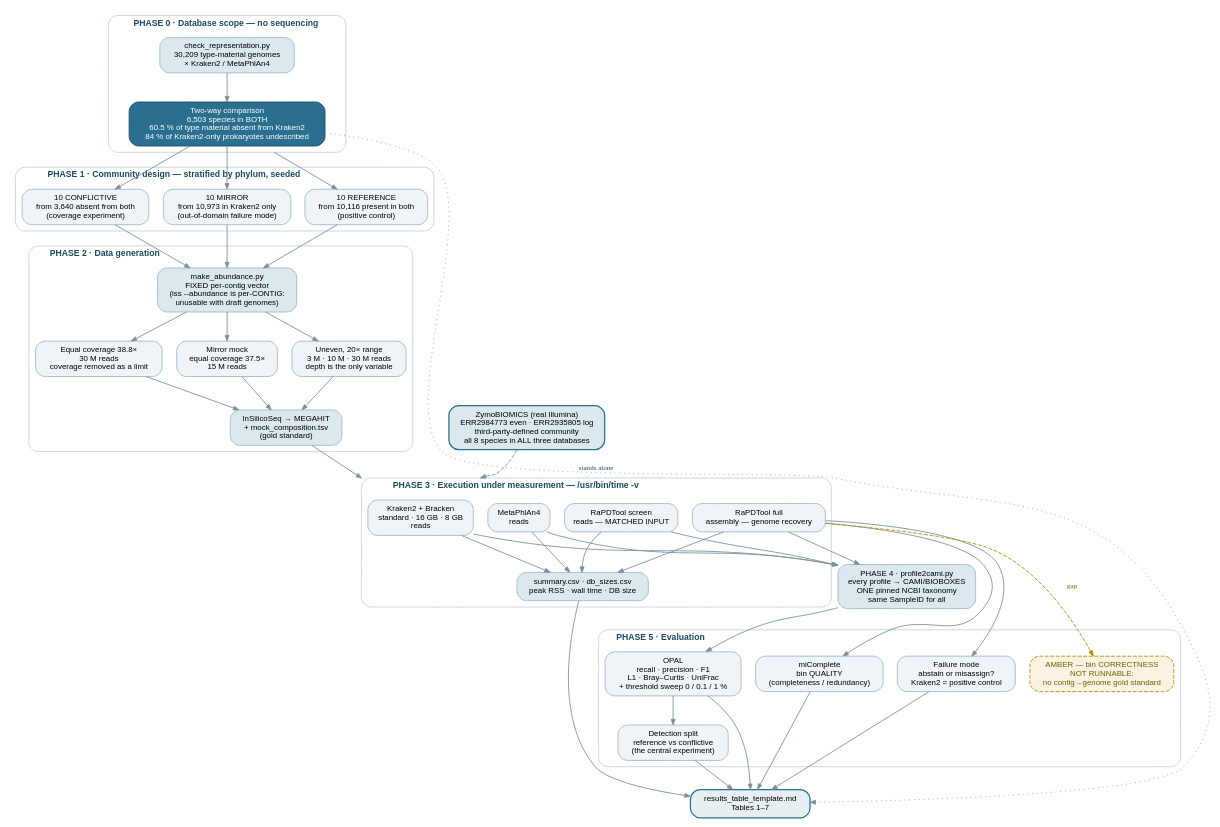
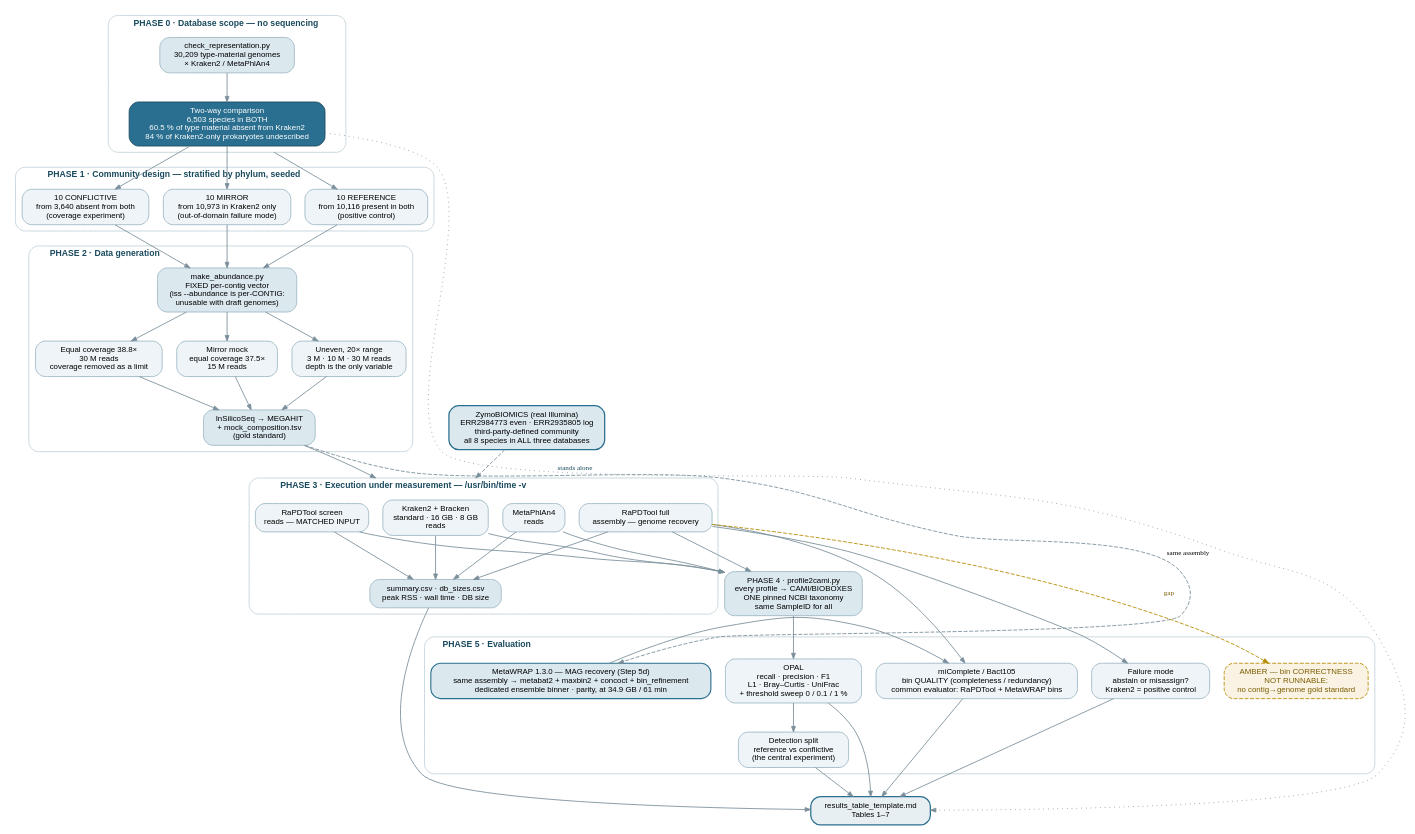
Before and after one commit to BioTools-Dev/rapdtool-benchmark: the diagram in data/benchmark_flow.dot, drawn with Graphviz. The commit also changed 3 other files, not shown here.

First line of the commit message:
figure: add MetaWRAP MAG-recovery branch (Step 5d) to the benchmark flow diagram

```diff
--- a/data/benchmark_flow.dot
+++ b/data/benchmark_flow.dot
@@ -1,106 +1,110 @@
 // benchmark_flow.dot — RaPDTool benchmark design.
 // Render:  dot -Tsvg benchmark_flow.dot -o figures/benchmark_flow.svg
 //          dot -Tpng -Gdpi=300 benchmark_flow.dot -o figures/benchmark_flow.png
-// Kept in sync with the mermaid diagram in benchmark_rationale.md §1.
+// Embedded as figures/benchmark_flow.svg in benchmark_rationale.md §1 (no mermaid copy).
 
 digraph benchmark {
   rankdir=TB;
   bgcolor="white";
   compound=true;
   node [shape=box, style="rounded,filled", fontname="Helvetica", fontsize=10,
         fillcolor="#eef4f7", color="#9db8c6", penwidth=1.1, margin="0.14,0.09"];
   edge [color="#7a8f9b", penwidth=1.1, arrowsize=0.7];
   graph [fontname="Helvetica-Bold", fontsize=11, labeljust="l",
          style="rounded", color="#c8d6de", penwidth=1.2];
 
   // ---------------------------------------------------------------- PHASE 0
   subgraph cluster_p0 {
     label="  PHASE 0 · Database scope — no sequencing  ";
     fontcolor="#1a4a5e";
     census [label="check_representation.py\n30,209 type-material genomes\n× Kraken2 / MetaPhlAn4",
             fillcolor="#dbe8ee"];
     twoway [label="Two-way comparison\n6,503 species in BOTH\n60.5 % of type material absent from Kraken2\n84 % of Kraken2-only prokaryotes undescribed",
             fillcolor="#2a6f8f", fontcolor="white", color="#1a4a5e"];
     census -> twoway;
   }
 
   // ---------------------------------------------------------------- PHASE 1
   subgraph cluster_p1 {
     label="  PHASE 1 · Community design — stratified by phylum, seeded  ";
     fontcolor="#1a4a5e";
     ref   [label="10 REFERENCE\nfrom 10,116 present in both\n(positive control)"];
     conf  [label="10 CONFLICTIVE\nfrom 3,640 absent from both\n(coverage experiment)"];
     mirr  [label="10 MIRROR\nfrom 10,973 in Kraken2 only\n(out-of-domain failure mode)"];
   }
 
   // ---------------------------------------------------------------- PHASE 2
   subgraph cluster_p2 {
     label="  PHASE 2 · Data generation  ";
     fontcolor="#1a4a5e";
     vec   [label="make_abundance.py\nFIXED per-contig vector\n(iss --abundance is per-CONTIG:\nunusable with draft genomes)",
            fillcolor="#dbe8ee"];
     unev  [label="Uneven, 20× range\n3 M · 10 M · 30 M reads\ndepth is the only variable"];
     eqcov [label="Equal coverage 38.8×\n30 M reads\ncoverage removed as a limit"];
     mmock [label="Mirror mock\nequal coverage 37.5×\n15 M reads"];
     asm   [label="InSilicoSeq → MEGAHIT\n+ mock_composition.tsv\n(gold standard)", fillcolor="#dbe8ee"];
     vec -> unev; vec -> eqcov; vec -> mmock;
     unev -> asm; eqcov -> asm; mmock -> asm;
   }
 
   // ------------------------------------------------------------ REAL DATA
   zymo [label="ZymoBIOMICS (real Illumina)\nERR2984773 even · ERR2935805 log\nthird-party-defined community\nall 8 species in ALL three databases",
         fillcolor="#dbe8ee", color="#2a6f8f", penwidth=1.6];
 
   // ---------------------------------------------------------------- PHASE 3
   subgraph cluster_p3 {
     label="  PHASE 3 · Execution under measurement — /usr/bin/time -v  ";
     fontcolor="#1a4a5e";
     krak  [label="Kraken2 + Bracken\nstandard · 16 GB · 8 GB\nreads"];
     mpa   [label="MetaPhlAn4\nreads"];
     rscr  [label="RaPDTool screen\nreads — MATCHED INPUT"];
     rful  [label="RaPDTool full\nassembly — genome recovery"];
     res   [label="summary.csv · db_sizes.csv\npeak RSS · wall time · DB size", fillcolor="#dbe8ee"];
     krak -> res; mpa -> res; rscr -> res; rful -> res;
   }
 
   // ---------------------------------------------------------------- PHASE 4
   harm [label="PHASE 4 · profile2cami.py\nevery profile → CAMI/BIOBOXES\nONE pinned NCBI taxonomy\nsame SampleID for all",
         fillcolor="#dbe8ee"];
 
   // ---------------------------------------------------------------- PHASE 5
   subgraph cluster_p5 {
     label="  PHASE 5 · Evaluation  ";
     fontcolor="#1a4a5e";
     opal  [label="OPAL\nrecall · precision · F1\nL1 · Bray–Curtis · UniFrac\n+ threshold sweep 0 / 0.1 / 1 %"];
     split [label="Detection split\nreference vs conflictive\n(the central experiment)"];
-    mico  [label="miComplete\nbin QUALITY\n(completeness / redundancy)"];
+    mico  [label="miComplete / Bact105\nbin QUALITY (completeness / redundancy)\ncommon evaluator: RaPDTool + MetaWRAP bins"];
     fail  [label="Failure mode\nabstain or misassign?\nKraken2 = positive control"];
     amber [label="AMBER — bin CORRECTNESS\nNOT RUNNABLE:\nno contig→genome gold standard",
            style="rounded,filled,dashed", fillcolor="#faf3e3", color="#b58b00",
            fontcolor="#7a5c00"];
+    mwrap [label="MetaWRAP 1.3.0 — MAG recovery (Step 5d)\nsame assembly → metabat2 + maxbin2 + concoct + bin_refinement\ndedicated ensemble binner · parity, at 34.9 GB / 61 min",
+           fillcolor="#dbe8ee", color="#2a6f8f", penwidth=1.4];
   }
 
   tables [label="results_table_template.md\nTables 1–7", fillcolor="#e8eff3",
           color="#2a6f8f", penwidth=1.6];
 
   // ------------------------------------------------------------- EDGES
   twoway -> ref  [ltail=cluster_p0];
   twoway -> conf;
   twoway -> mirr;
   ref  -> vec;
   conf -> vec;
   mirr -> vec;
   asm  -> krak [lhead=cluster_p3];
   zymo -> krak [lhead=cluster_p3, style=dashed];
   res  -> tables;
   krak -> harm; mpa -> harm; rscr -> harm; rful -> harm;
   harm -> opal;
   opal -> split;
   rful -> mico  [constraint=false];
   rful -> fail  [constraint=false];
+  asm   -> mwrap [style=dashed, label="  same assembly", fontsize=9, constraint=false];
+  mwrap -> mico  [constraint=false];
   rful -> amber [style=dashed, color="#b58b00",
                  label="  gap", fontcolor="#7a5c00", fontsize=9];
   opal -> tables; split -> tables; mico -> tables; fail -> tables;
   twoway -> tables [style=dotted, constraint=false,
                     label="  stands alone", fontsize=9, fontcolor="#1a4a5e"];
 }
```
